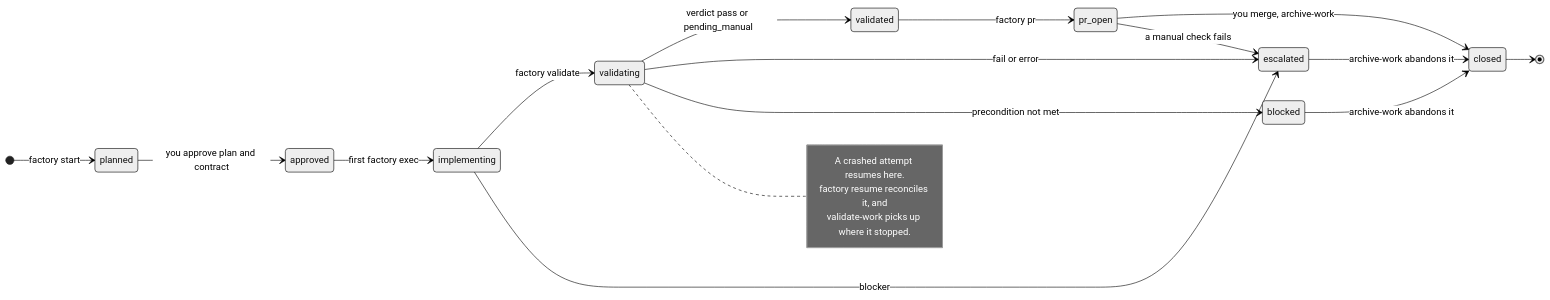
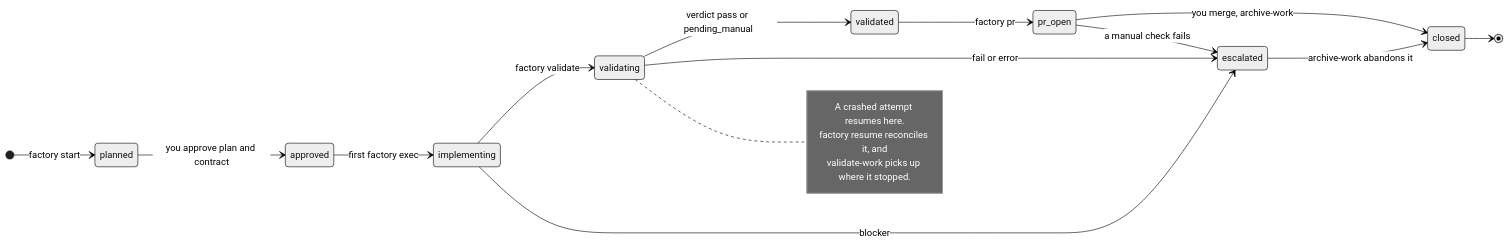
One commit to fusupo/escapement changed the third of 4 diagrams in README.md. Above: the diagram before and after it, drawn with Mermaid (neutral theme). The commit also changed other lines of this file, not shown here.

First line of the commit message:
📚🐛 fix(readme): a failed validation precondition doesn't block the run

````diff
--- a/README.md
+++ b/README.md
@@ -137,23 +137,21 @@
 ```mermaid
 stateDiagram-v2
     direction LR
     [*] --> planned: factory start
     planned --> approved: you approve plan and contract
     approved --> implementing: first factory exec
     implementing --> validating: factory validate
     validating --> validated: verdict pass or pending_manual
     validated --> pr_open: factory pr
     pr_open --> closed: you merge, archive-work
     validating --> escalated: fail or error
-    validating --> blocked: precondition not met
     implementing --> escalated: blocker
     pr_open --> escalated: a manual check fails
-    blocked --> closed: archive-work abandons it
     escalated --> closed: archive-work abandons it
     closed --> [*]
     note right of validating
         A crashed attempt resumes here.
         factory resume reconciles it, and
         validate-work picks up where it stopped.
     end note
 ```
````
